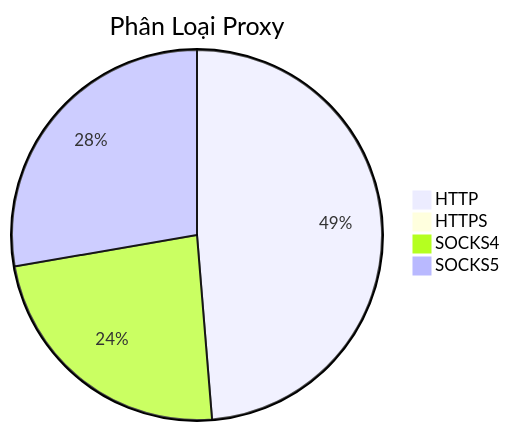
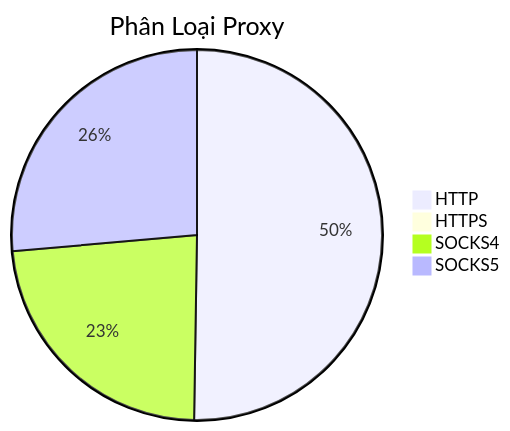
Before and after one commit to Ciara-12/PROXY-free: the diagram in README.md, drawn with Mermaid. The commit also changed other lines of this file and 4 other files, not shown here.

````diff
--- a/README.md
+++ b/README.md
@@ -26,7 +26,7 @@
 ```mermaid
 pie title Phân Loại Proxy
-    "HTTP" : 601
-    "HTTPS" : 0
-    "SOCKS4" : 291
-    "SOCKS5" : 342
+    "HTTP" : 609
+    "HTTPS" : 2
+    "SOCKS4" : 283
+    "SOCKS5" : 320
 ```
````
